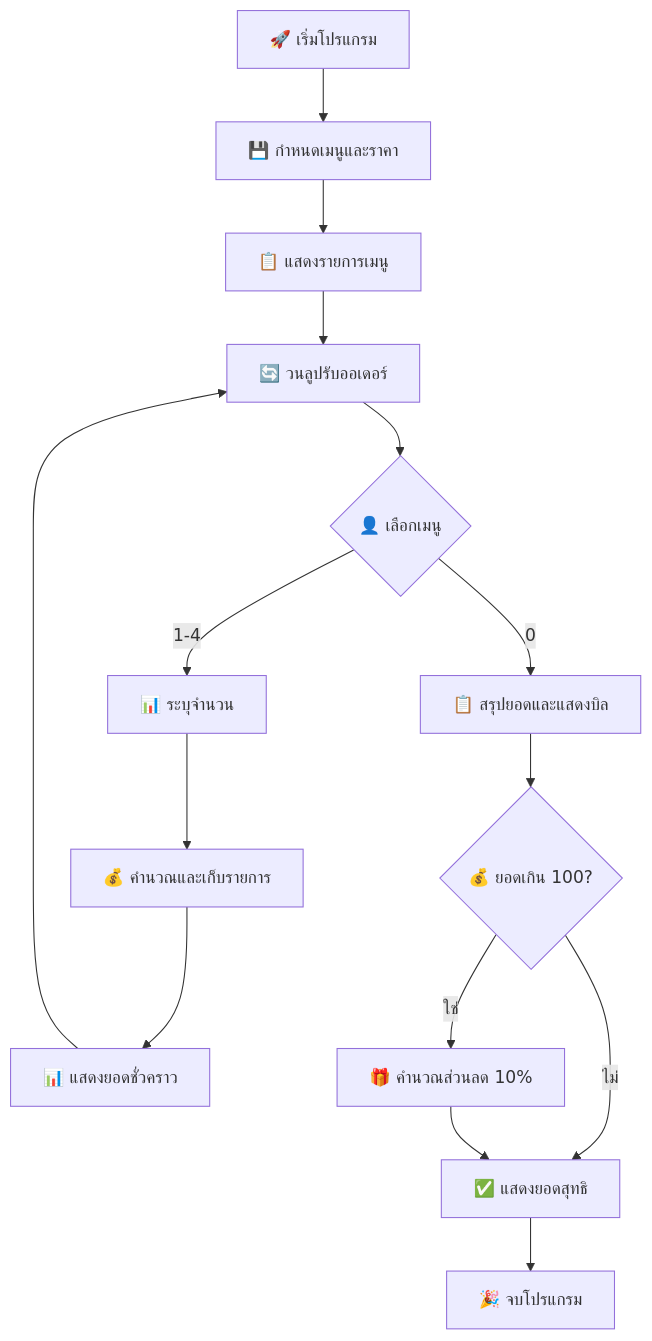
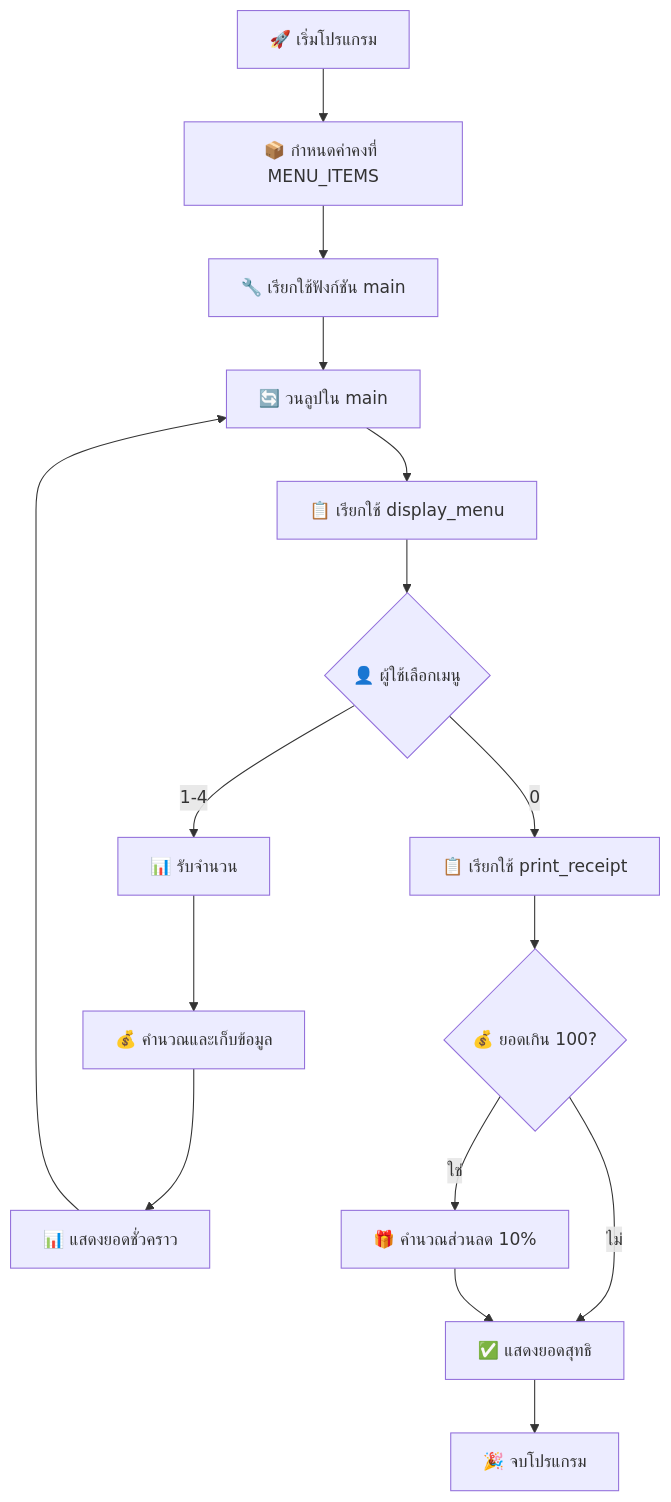
One commit to Sonthep/Simple-Cafe-POS changed the diagram in README.md. Above: the diagram before and after it, drawn with Mermaid. The commit also changed other lines of this file and 1 other file, not shown here.

````diff
--- a/README.md
+++ b/README.md
@@ -104,17 +120,18 @@
 ```mermaid
 graph TD
-    A[🚀 เริ่มโปรแกรม] --> B[💾 กำหนดเมนูและราคา]
-    B --> C[📋 แสดงรายการเมนู]
-    C --> D[🔄 วนลูปรับออเดอร์]
-    D --> E{👤 เลือกเมนู}
-    E -->|1-4| F[📊 ระบุจำนวน]
-    E -->|0| I[📋 สรุปยอดและแสดงบิล]
-    F --> G[💰 คำนวณและเก็บรายการ]
-    G --> H[📊 แสดงยอดชั่วคราว]
-    H --> D
-    I --> J{💰 ยอดเกิน 100?}
-    J -->|ใช่| K[🎁 คำนวณส่วนลด 10%]
-    J -->|ไม่| L[✅ แสดงยอดสุทธิ]
-    K --> L
-    L --> M[🎉 จบโปรแกรม]
+    A[🚀 เริ่มโปรแกรม] --> B[📦 กำหนดค่าคงที่ MENU_ITEMS]
+    B --> C[🔧 เรียกใช้ฟังก์ชัน main]
+    C --> D[🔄 วนลูปใน main]
+    D --> E[📋 เรียกใช้ display_menu]
+    E --> F{👤 ผู้ใช้เลือกเมนู}
+    F -->|1-4| G[📊 รับจำนวน]
+    F -->|0| L[📋 เรียกใช้ print_receipt]
+    G --> H[💰 คำนวณและเก็บข้อมูล]
+    H --> I[📊 แสดงยอดชั่วคราว]
+    I --> D
+    L --> M{💰 ยอดเกิน 100?}
+    M -->|ใช่| N[🎁 คำนวณส่วนลด 10%]
+    M -->|ไม่| O[✅ แสดงยอดสุทธิ]
+    N --> O
+    O --> P[🎉 จบโปรแกรม]
 ```
````
